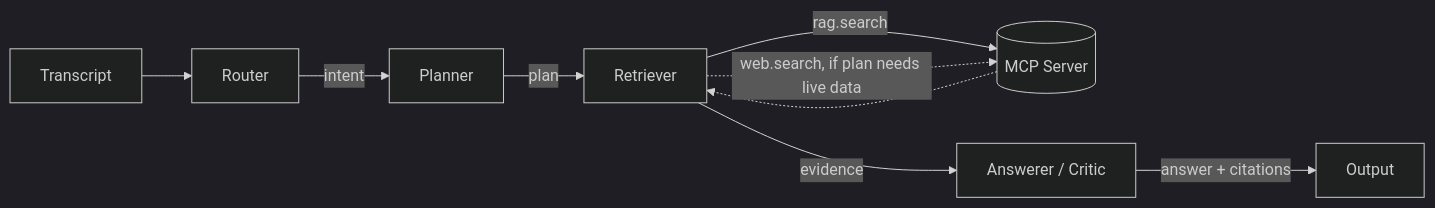
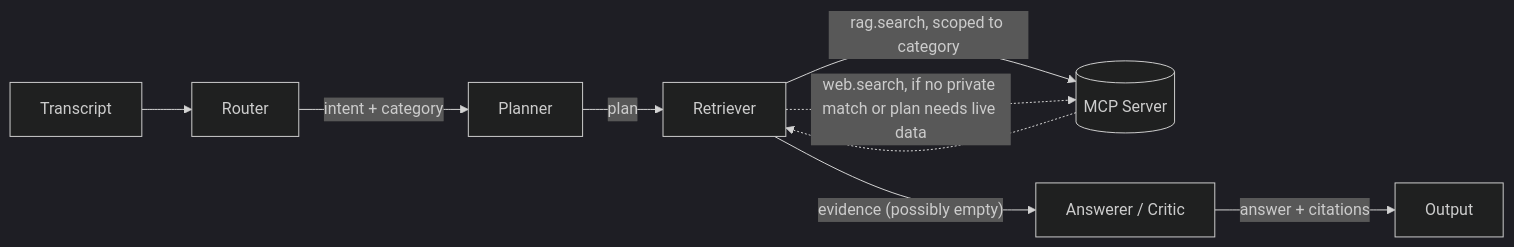
The diagram in src/agents/README.md (hkbuttar/Agentic_Final), drawn with Mermaid (dark theme) before and after one commit. The commit also changed other lines of this file and 5 other files, not shown here.

First line of the commit message:
Category-first retrieval with web-search fallback on empty results

````diff
--- a/src/agents/README.md
+++ b/src/agents/README.md
@@ -11,11 +11,11 @@
 ```mermaid
 flowchart LR
     T["Transcript"] --> R["Router"]
-    R -->|"intent"| P["Planner"]
+    R -->|"intent + category"| P["Planner"]
     P -->|"plan"| RT["Retriever"]
-    RT -->|"rag.search"| MCP[("MCP Server")]
-    RT -.->|"web.search, if plan needs live data"| MCP
+    RT -->|"rag.search, scoped to category"| MCP[("MCP Server")]
+    RT -.->|"web.search, if no private match or plan needs live data"| MCP
     MCP -.-> RT
-    RT -->|"evidence"| A["Answerer / Critic"]
+    RT -->|"evidence (possibly empty)"| A["Answerer / Critic"]
     A -->|"answer + citations"| O["Output"]
 ```
````
